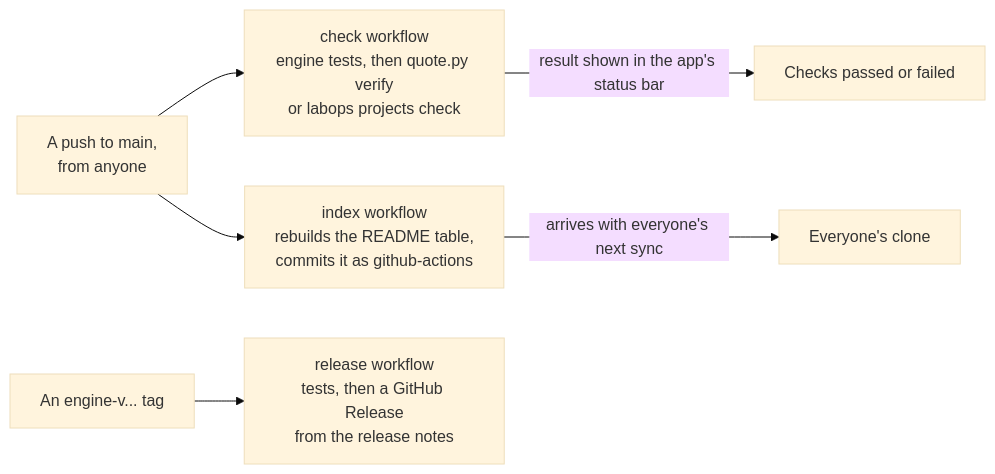
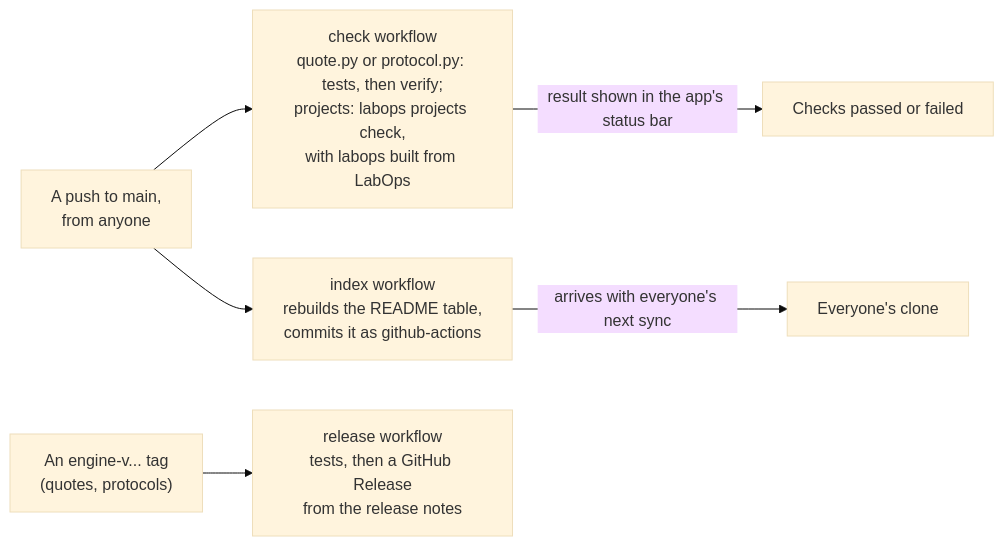
One commit to uw-maccosslab/LabOps changed the third of 6 diagrams in docs/architecture.md. Above: the diagram before and after it, drawn with Mermaid (base theme). The commit also changed other lines of this file and 4 other files, not shown here.

First line of the commit message:
Docs: what LabOps does, the three engines, and updated diagrams

````diff
--- a/docs/architecture.md
+++ b/docs/architecture.md
@@ -95,8 +100,8 @@
 ```mermaid
 flowchart LR
-    push["A push to main,<br/>from anyone"] --> check["check workflow<br/>engine tests, then quote.py verify<br/>or labops projects check"]
+    push["A push to main,<br/>from anyone"] --> check["check workflow<br/>quote.py or protocol.py: tests, then verify;<br/>projects: labops projects check,<br/>with labops built from LabOps"]
     push --> index["index workflow<br/>rebuilds the README table,<br/>commits it as github-actions"]
     index -->|"arrives with everyone's next sync"| clones["Everyone's clone"]
     check -->|"result shown in the app's status bar"| status["Checks passed or failed"]
-    tag["An engine-v... tag"] --> release["release workflow<br/>tests, then a GitHub Release<br/>from the release notes"]
+    tag["An engine-v... tag<br/>(quotes, protocols)"] --> release["release workflow<br/>tests, then a GitHub Release<br/>from the release notes"]
 ```
````
